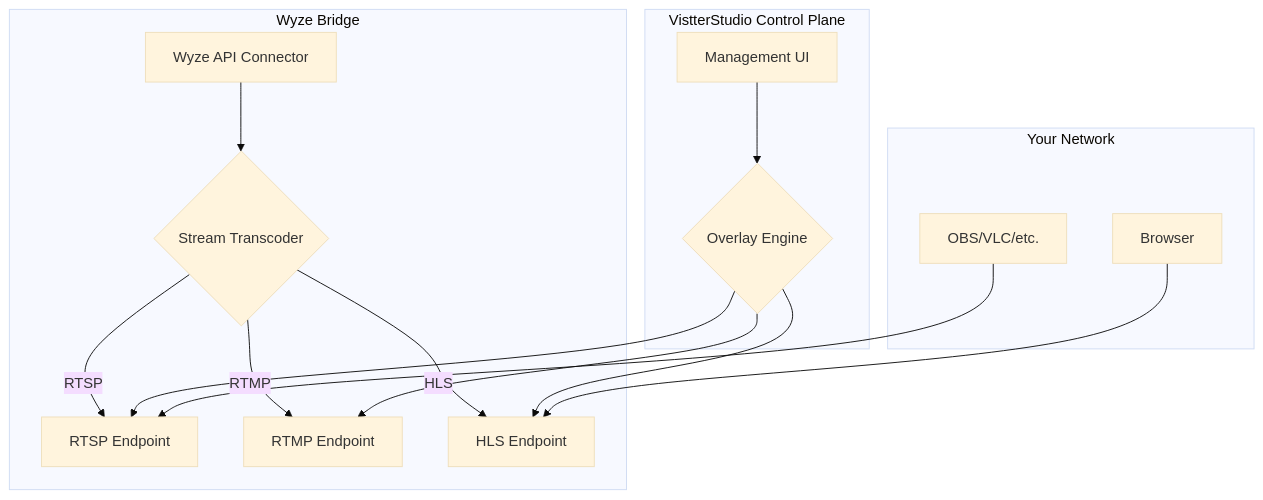
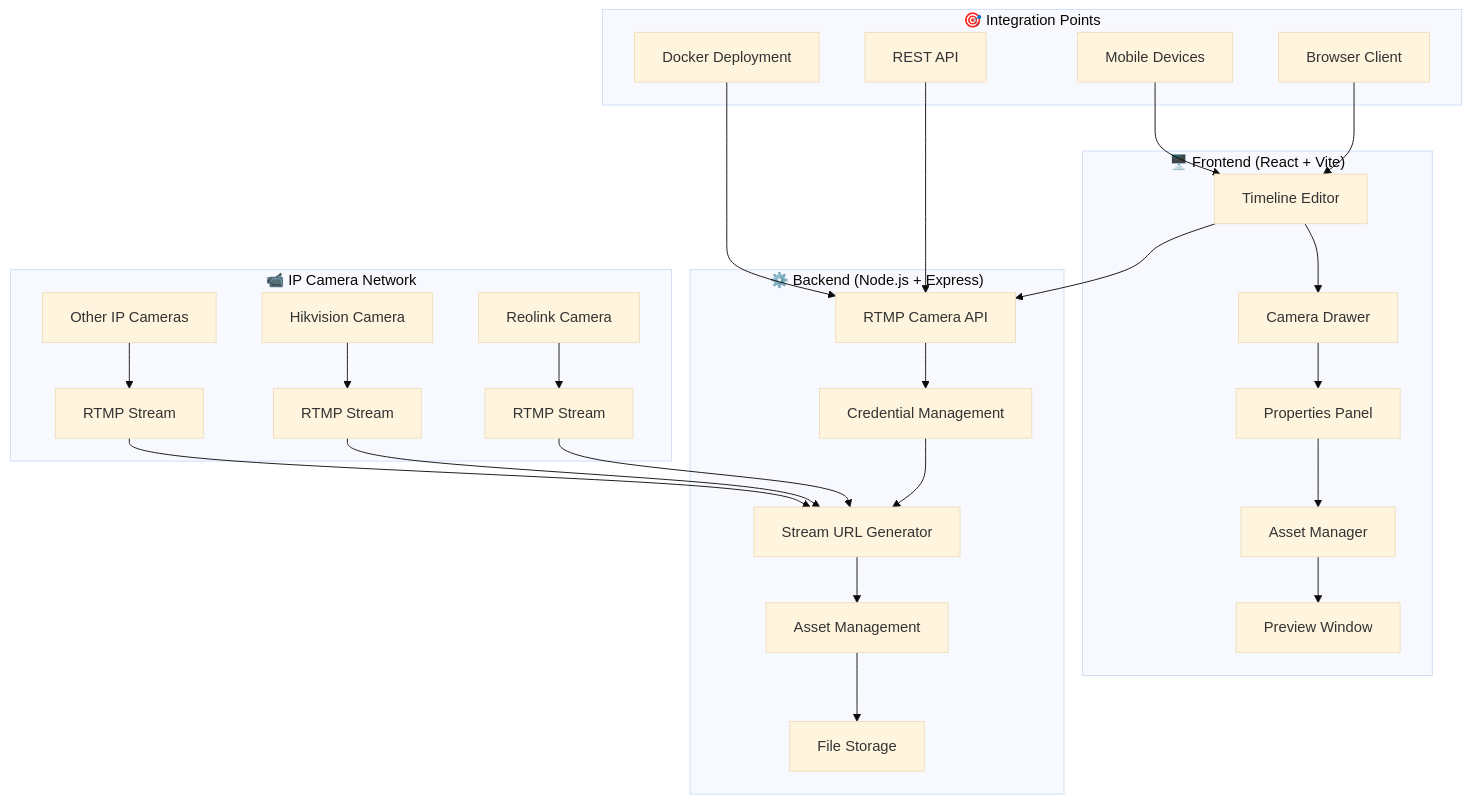
The diagram in README.md (nickdnj/VistterStudio), drawn with Mermaid (base theme) before and after one commit. The commit also changed other lines of this file and 29 other files, not shown here.

````diff
--- a/README.md
+++ b/README.md
@@ -91,22 +151,34 @@
 ```mermaid
 flowchart TD
-    subgraph VistterStudio Control Plane
-        A[Management UI] --> B{Overlay Engine}
+    subgraph "🖥️ Frontend (React + Vite)"
+        A[Timeline Editor] --> B[Camera Drawer]
+        B --> C[Properties Panel] 
+        C --> D[Asset Manager]
+        D --> E[Preview Window]
     end
 
-    subgraph Wyze Bridge
-        C[Wyze API Connector] --> D{Stream Transcoder}
-        D -- RTSP --> E[RTSP Endpoint]
-        D -- RTMP --> F[RTMP Endpoint]
-        D -- HLS --> G[HLS Endpoint]
+    subgraph "⚙️ Backend (Node.js + Express)"  
+        F[RTMP Camera API] --> G[Credential Management]
+        G --> H[Stream URL Generator]
+        H --> I[Asset Management]
+        I --> J[File Storage]
     end
 
-    B --> E
-    B --> F
-    B --> G
+    subgraph "📹 IP Camera Network"
+        K[Reolink Camera] --> L[RTMP Stream]
+        M[Hikvision Camera] --> N[RTMP Stream] 
+        O[Other IP Cameras] --> P[RTMP Stream]
+    end
 
-    subgraph Your Network
-        H[OBS/VLC/etc.] --> E
-        I[Browser] --> G
+    A --> F
+    L --> H
+    N --> H  
+    P --> H
+
+    subgraph "🎯 Integration Points"
+        Q[Browser Client] --> A
+        R[Mobile Devices] --> A
+        S[REST API] --> F
+        T[Docker Deployment] --> F
     end
 ```
````
